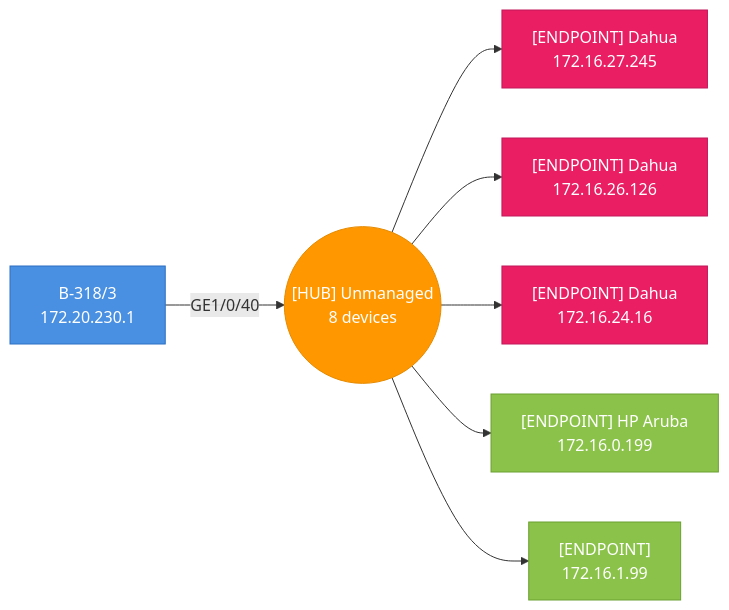
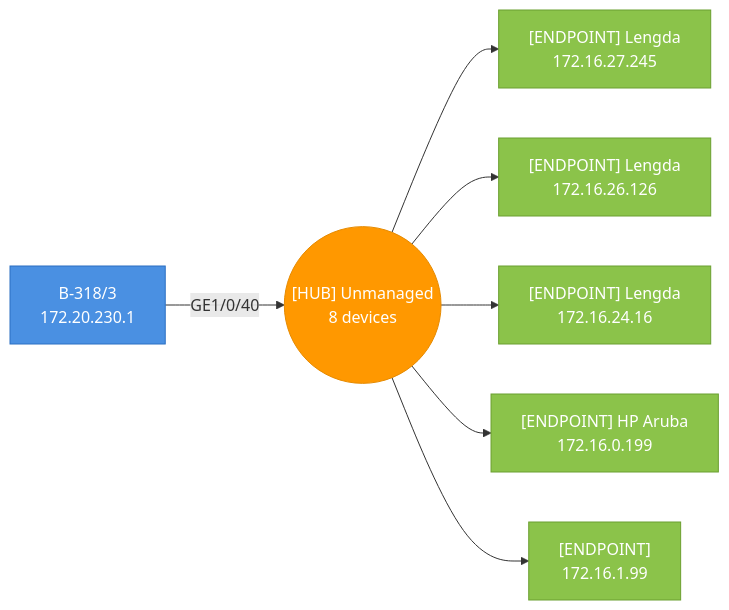
One commit to djamic/LLDP-Skanner-Go changed diagram 14 of 38 in testdata/golden/audit_default.md. Above: the diagram before and after it, drawn with Mermaid. The commit also changed other lines of this file and 11 other files, not shown here.

````diff
--- a/testdata/golden/audit_default.md
+++ b/testdata/golden/audit_default.md
@@ -1629,23 +1569,23 @@
 ```mermaid
 graph LR
   hub_4caea3a2182c_p40(("[HUB] Unmanaged<br>8 devices"))
   4caea3a2182c["B-318/3<br>172.20.230.1"]
   4caea3a2182c-- "GE1/0/40" -->hub_4caea3a2182c_p40
   style 4caea3a2182c fill:#4A90E2,stroke:#2A6FC2,color:#fff
-  002381549be2["[ENDPOINT] Dahua<br>172.16.27.245"]
+  002381549be2["[ENDPOINT] Lengda<br>172.16.27.245"]
   hub_4caea3a2182c_p40-->002381549be2
-  style 002381549be2 fill:#E91E63,stroke:#C2185B,color:#fff
-  002381549be5["[ENDPOINT] Dahua<br>172.16.26.126"]
+  style 002381549be2 fill:#8BC34A,stroke:#6B9F30,color:#fff
+  002381549be5["[ENDPOINT] Lengda<br>172.16.26.126"]
   hub_4caea3a2182c_p40-->002381549be5
-  style 002381549be5 fill:#E91E63,stroke:#C2185B,color:#fff
-  002381549c03["[ENDPOINT] Dahua<br>172.16.24.16"]
+  style 002381549be5 fill:#8BC34A,stroke:#6B9F30,color:#fff
+  002381549c03["[ENDPOINT] Lengda<br>172.16.24.16"]
   hub_4caea3a2182c_p40-->002381549c03
-  style 002381549c03 fill:#E91E63,stroke:#C2185B,color:#fff
+  style 002381549c03 fill:#8BC34A,stroke:#6B9F30,color:#fff
   004e35cb4f9a["[ENDPOINT] HP Aruba<br>172.16.0.199"]
   hub_4caea3a2182c_p40-->004e35cb4f9a
   style 004e35cb4f9a fill:#8BC34A,stroke:#6B9F30,color:#fff
   4e6d487b43dc["[ENDPOINT]<br>172.16.1.99"]
   hub_4caea3a2182c_p40-->4e6d487b43dc
   style 4e6d487b43dc fill:#8BC34A,stroke:#6B9F30,color:#fff
   style hub_4caea3a2182c_p40 fill:#FF9800,stroke:#E68A00,color:#fff
 ```
````
